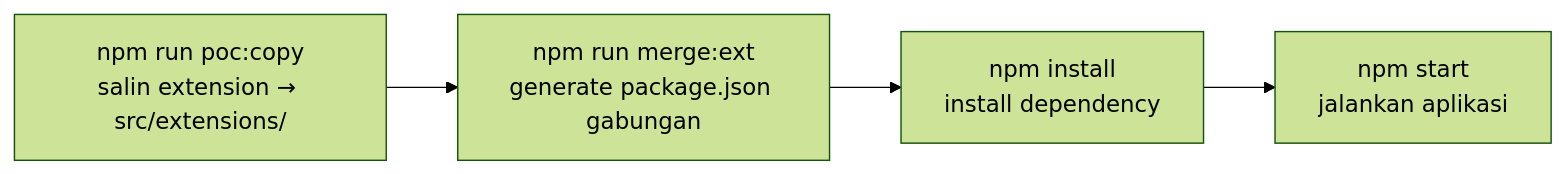
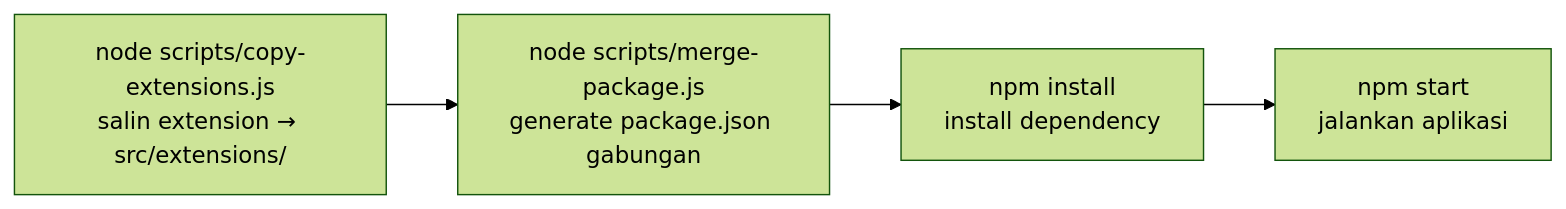
Before and after one commit to satriolangit/express-modular-sample: the diagram in docs/DEVELOPER-GUIDE.md, drawn with Mermaid (forest theme). The commit also changed other lines of this file and 7 other files, not shown here.

Commit message:
docs: sync architecture and contracts with hardened behavior

````diff
--- a/docs/DEVELOPER-GUIDE.md
+++ b/docs/DEVELOPER-GUIDE.md
@@ -145,6 +145,6 @@
 ```mermaid
 flowchart LR
-    A["npm run poc:copy<br/>salin extension → src/extensions/"] --> B["npm run merge:ext<br/>generate package.json gabungan"]
+    A["node scripts/copy-extensions.js<br/>salin extension → src/extensions/"] --> B["node scripts/merge-package.js<br/>generate package.json gabungan"]
     B --> C["npm install<br/>install dependency"]
     C --> D["npm start<br/>jalankan aplikasi"]
 ```
````
